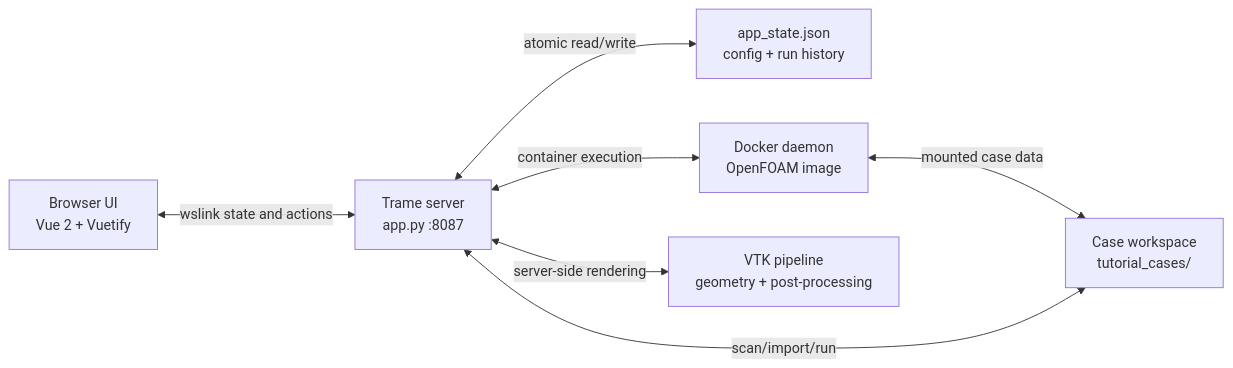
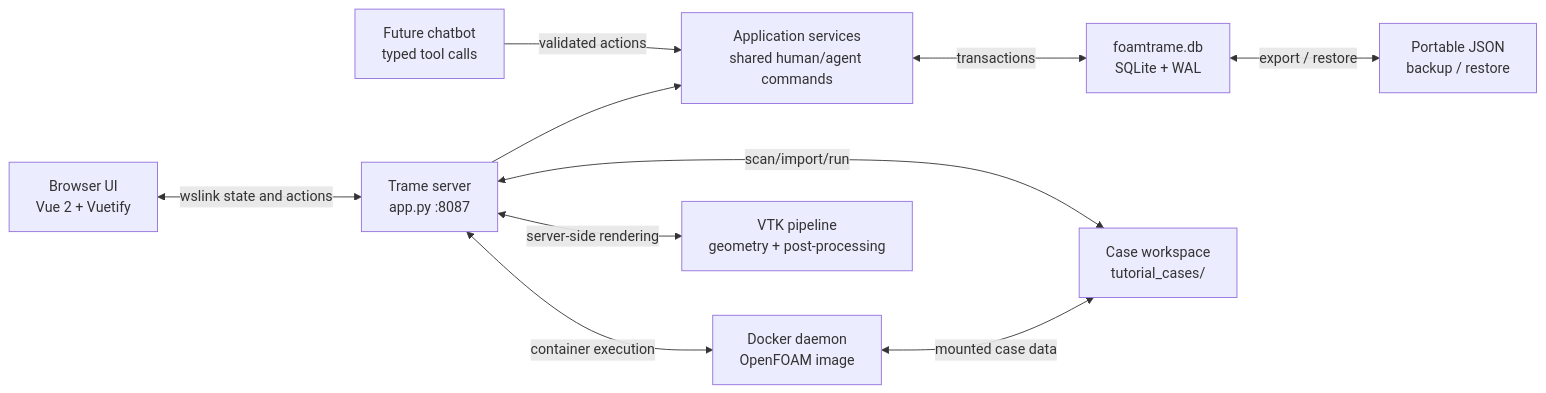
One commit to dhruvhaldar/FOAMTrame changed the diagram in README.md. Above: the diagram before and after it, drawn with Mermaid. The commit also changed other lines of this file and 8 other files, not shown here.

````diff
--- a/README.md
+++ b/README.md
@@ -130,16 +128,22 @@
 ```mermaid
 flowchart LR
     Browser["Browser UI<br>Vue 2 + Vuetify"]
     Trame["Trame server<br>app.py :8087"]
-    State["app_state.json<br>config + run history"]
+    Services["Application services<br>shared human/agent commands"]
+    State["foamtrame.db<br>SQLite + WAL"]
+    Backup["Portable JSON<br>backup / restore"]
+    Agent["Future chatbot<br>typed tool calls"]
     Docker["Docker daemon<br>OpenFOAM image"]
     Cases["Case workspace<br>tutorial_cases/"]
     VTK["VTK pipeline<br>geometry + post-processing"]
 
     Browser <-->|"wslink state and actions"| Trame
-    Trame <-->|"atomic read/write"| State
+    Trame --> Services
+    Agent -->|"validated actions"| Services
+    Services <-->|"transactions"| State
+    State <-->|"export / restore"| Backup
     Trame <-->|"container execution"| Docker
     Docker <-->|"mounted case data"| Cases
     Trame <-->|"scan/import/run"| Cases
     Trame <-->|"server-side rendering"| VTK
 ```
````
